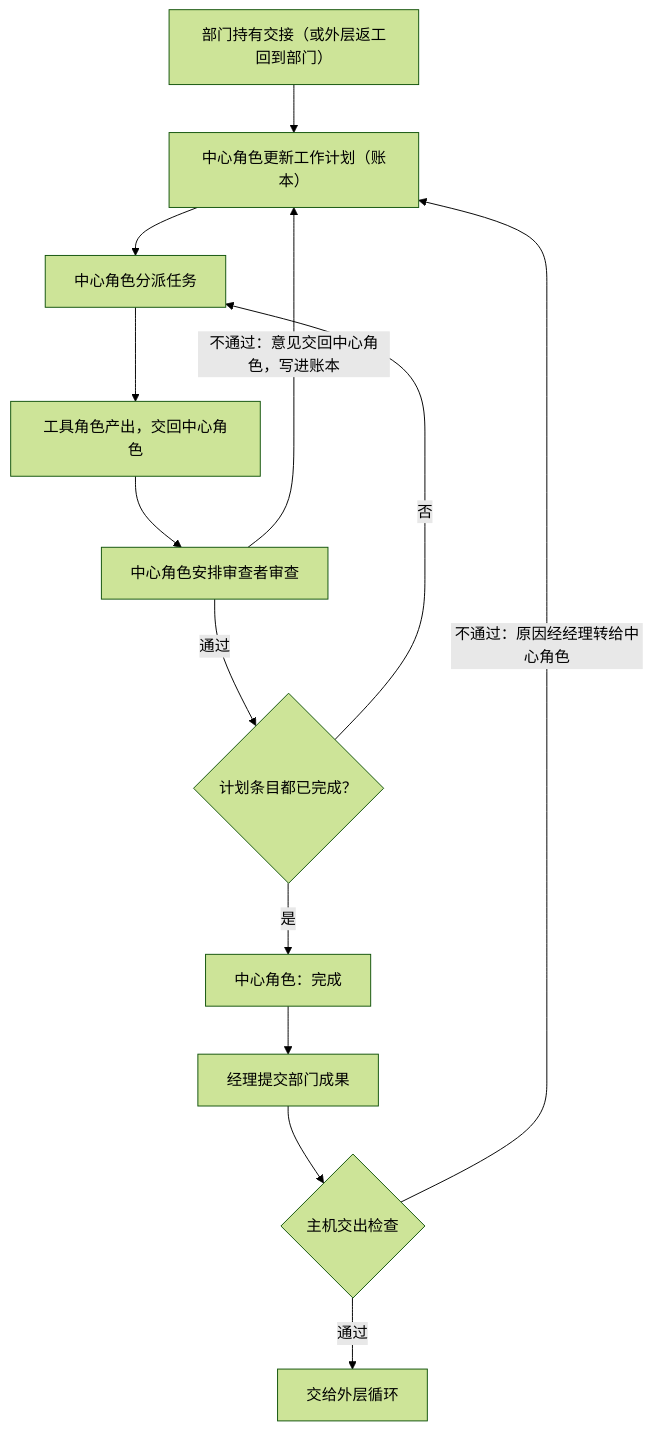
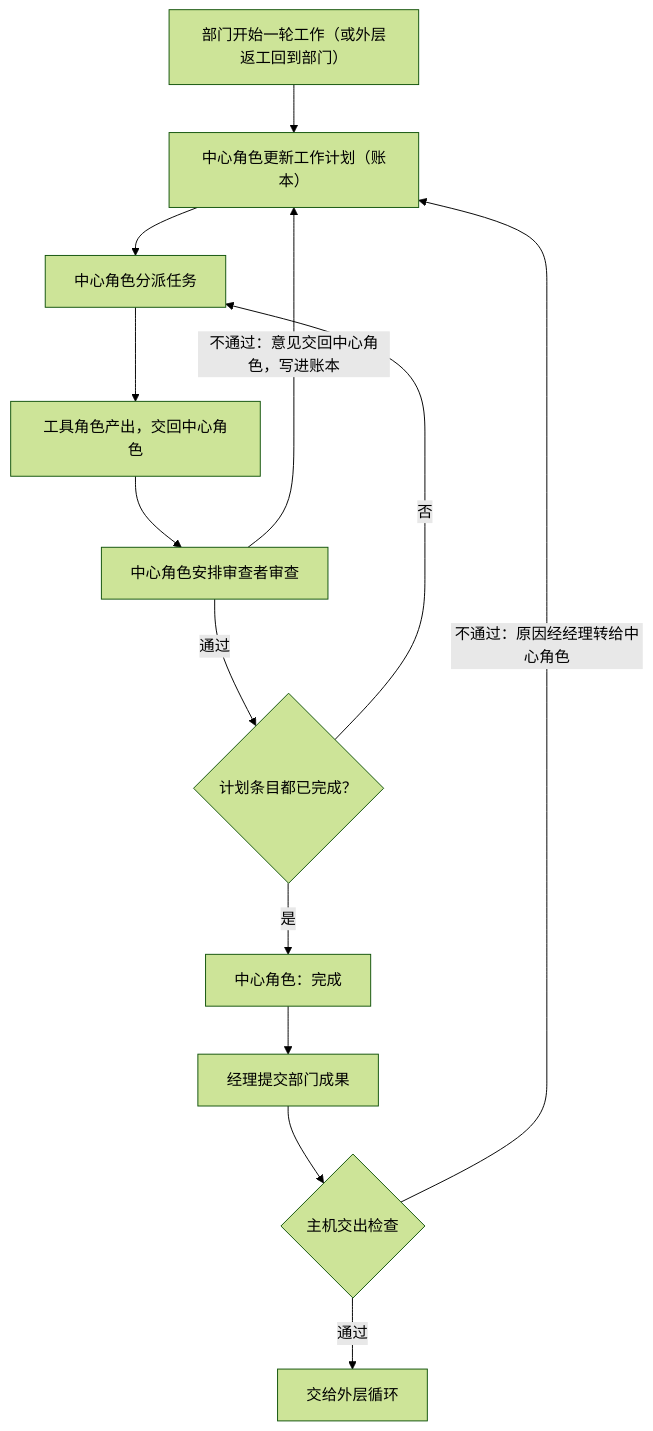
The third of 4 diagrams in docs/design/department-roles.md (bender2333/yudao), drawn with Mermaid (forest theme) before and after one commit. The commit also changed other lines of this file and 69 other files, not shown here.

````diff
--- a/docs/design/department-roles.md
+++ b/docs/design/department-roles.md
@@ -229,15 +229,15 @@
 ```mermaid
 flowchart TB
-  Start["部门持有交接（或外层返工回到部门）"] --> Plan["中心角色更新工作计划（账本）"]
+  Start["部门开始一轮工作（或外层返工回到部门）"] --> Plan["中心角色更新工作计划（账本）"]
   Plan --> Dispatch["中心角色分派任务"]
   Dispatch --> Produce["工具角色产出，交回中心角色"]
   Produce --> Review["中心角色安排审查者审查"]
   Review -->|"不通过：意见交回中心角色，写进账本"| Plan
   Review -->|"通过"| More{"计划条目都已完成？"}
   More -->|"否"| Dispatch
   More -->|"是"| Done["中心角色：完成"]
   Done --> Submit["经理提交部门成果"]
   Submit --> Check{"主机交出检查"}
   Check -->|"不通过：原因经经理转给中心角色"| Plan
   Check -->|"通过"| Outer["交给外层循环"]
 ```
````
